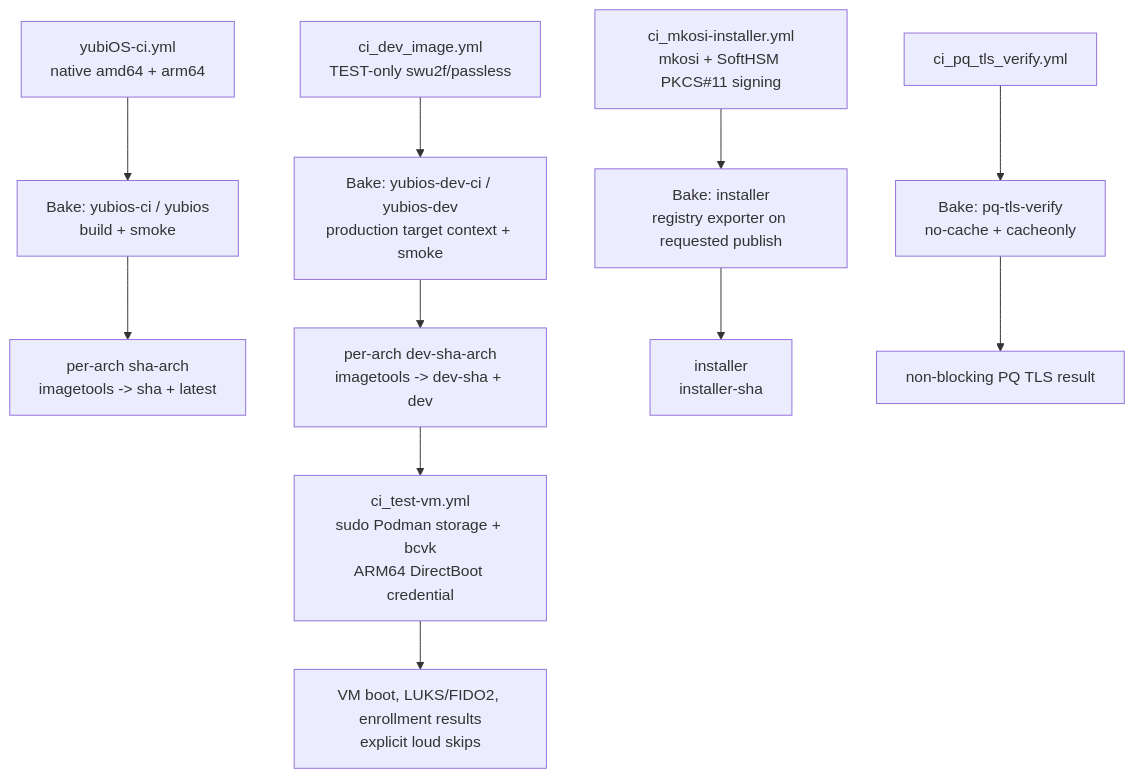
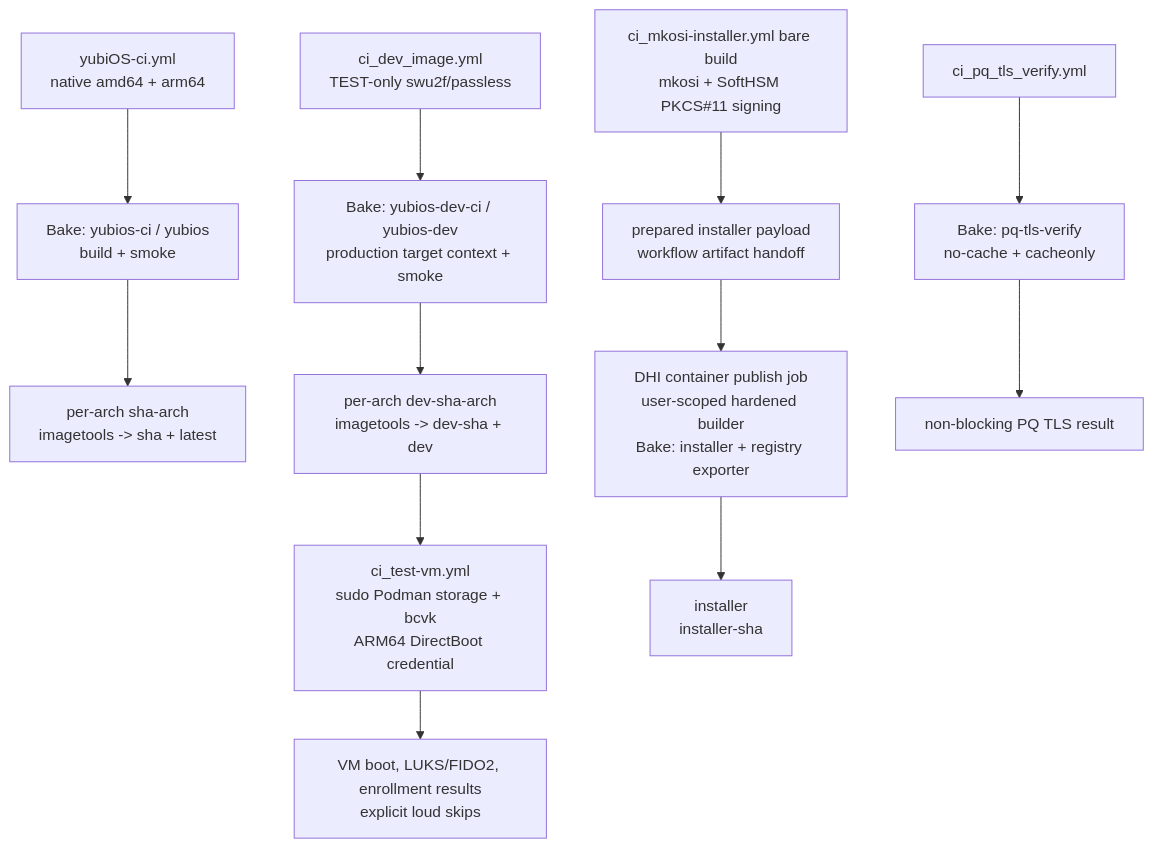
The fourth of 8 diagrams in CI_MAP.md (corning-croak-cable/yubiOS), drawn with Mermaid before and after one commit. The commit also changed other lines of this file and 3 other files, not shown here.

Commit message:
ci: fix artifact publishing with scoped builders

````diff
--- a/CI_MAP.md
+++ b/CI_MAP.md
@@ -155,22 +155,23 @@
 ```mermaid
 flowchart TD
     prod_wf["yubiOS-ci.yml\nnative amd64 + arm64"]
     prod_bake["Bake: yubios-ci / yubios\nbuild + smoke"]
     prod_out["per-arch sha-arch\nimagetools -> sha + latest"]
     dev_wf["ci_dev_image.yml\nTEST-only swu2f/passless"]
     dev_bake["Bake: yubios-dev-ci / yubios-dev\nproduction target context + smoke"]
     dev_out["per-arch dev-sha-arch\nimagetools -> dev-sha + dev"]
     vm["ci_test-vm.yml\nsudo Podman storage + bcvk\nARM64 DirectBoot credential"]
     vm_out["VM boot, LUKS/FIDO2, enrollment results\nexplicit loud skips"]
-    installer["ci_mkosi-installer.yml\nmkosi + SoftHSM PKCS#11 signing"]
-    installer_bake["Bake: installer\nregistry exporter on requested publish"]
+    installer["ci_mkosi-installer.yml bare build\nmkosi + SoftHSM PKCS#11 signing"]
+    installer_payload["prepared installer payload\nworkflow artifact handoff"]
+    installer_bake["DHI container publish job\nuser-scoped hardened builder\nBake: installer + registry exporter"]
     installer_out["installer\ninstaller-sha"]
     pq["ci_pq_tls_verify.yml"]
     pq_bake["Bake: pq-tls-verify\nno-cache + cacheonly"]
     pq_out["non-blocking PQ TLS result"]
 
     prod_wf --> prod_bake --> prod_out
     dev_wf --> dev_bake --> dev_out --> vm --> vm_out
-    installer --> installer_bake --> installer_out
+    installer --> installer_payload --> installer_bake --> installer_out
     pq --> pq_bake --> pq_out
 ```
````
